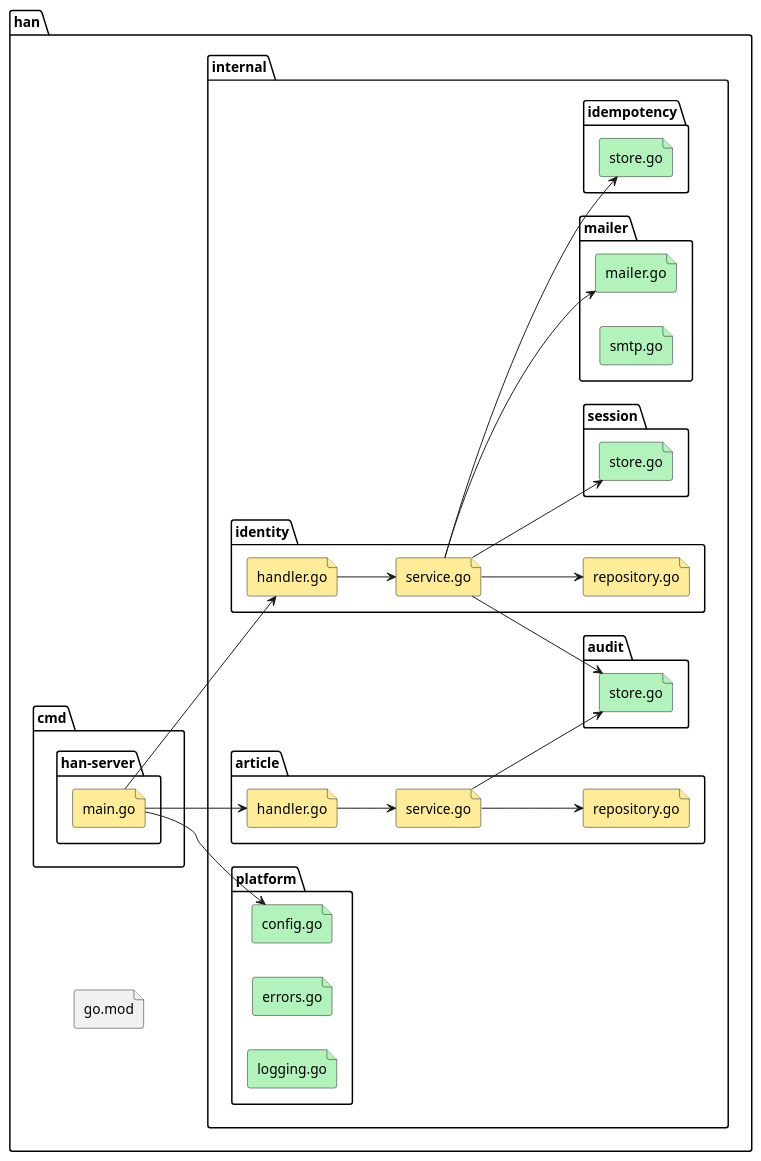
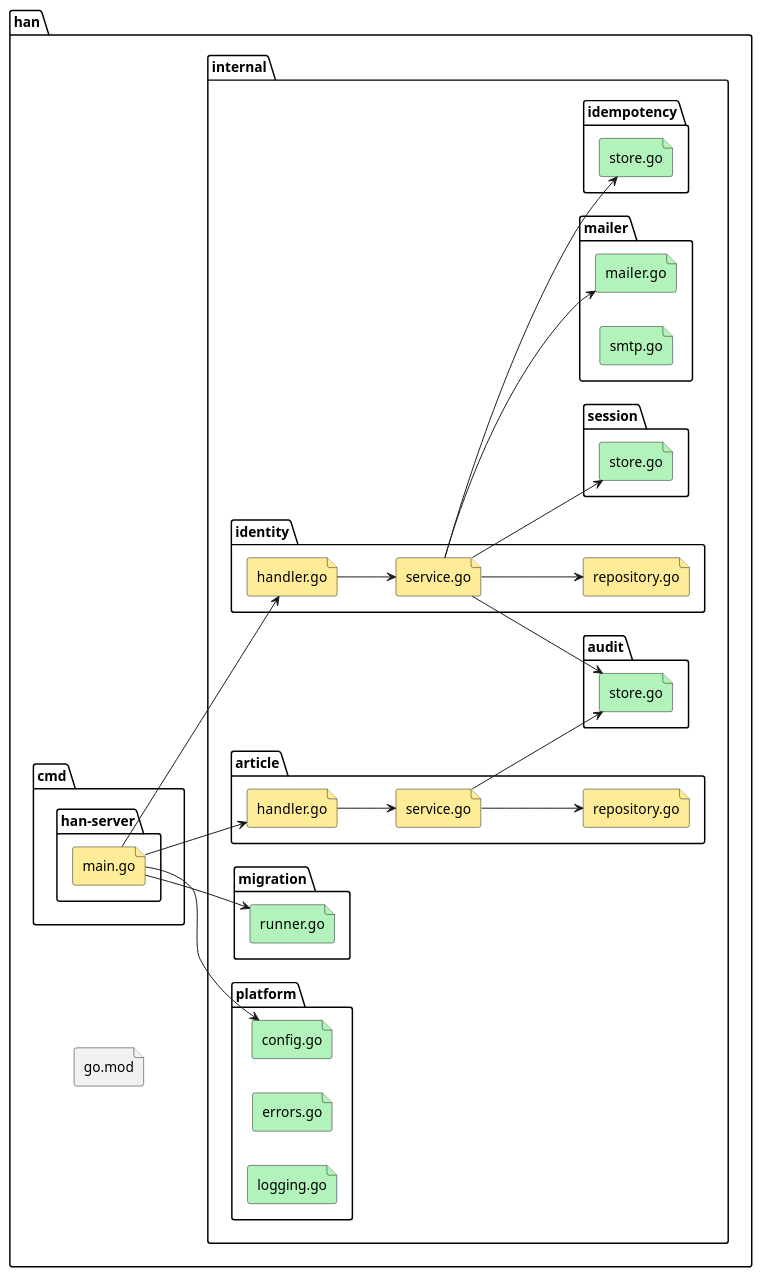
One commit to jianghua-hub-ai/han changed the eighth of 15 diagrams in .add/project/knowledge/design/architecture.md. Above: the diagram before and after it, drawn with PlantUML. The commit also changed other lines of this file and 26 other files, not shown here.

````diff
--- a/.add/project/knowledge/design/architecture.md
+++ b/.add/project/knowledge/design/architecture.md
@@ -741,58 +983,62 @@
 ```plantuml
 @startuml
 skinparam shadowing false
 skinparam defaultFontName "Microsoft YaHei"
 left to right direction
 
 folder "han" {
   folder "cmd" {
     folder "han-server" {
       file "main.go" as main #ffec99
     }
   }
   folder "internal" {
     folder "identity" {
       file "handler.go" as ih #ffec99
       file "service.go" as isv #ffec99
       file "repository.go" as irp #ffec99
     }
     folder "article" {
       file "handler.go" as ah #ffec99
       file "service.go" as asv #ffec99
       file "repository.go" as arp #ffec99
     }
     folder "session" {
       file "store.go" as ss #b2f2bb
     }
     folder "mailer" {
       file "mailer.go" as mm #b2f2bb
       file "smtp.go" as ms #b2f2bb
     }
     folder "idempotency" {
       file "store.go" as ids #b2f2bb
     }
     folder "audit" {
       file "store.go" as aus #b2f2bb
     }
+    folder "migration" {
+      file "runner.go" as mr #b2f2bb
+    }
     folder "platform" {
       file "config.go" as pc #b2f2bb
       file "errors.go" as pe #b2f2bb
       file "logging.go" as pl #b2f2bb
     }
   }
   file "go.mod" as gomod
 }
 main --> ih
 main --> ah
 main --> pc
+main --> mr
 ih --> isv
 ah --> asv
 isv --> irp
 asv --> arp
 isv --> ss
 isv --> mm
 isv --> ids
 isv --> aus
 asv --> aus
 @enduml
 ```
````
